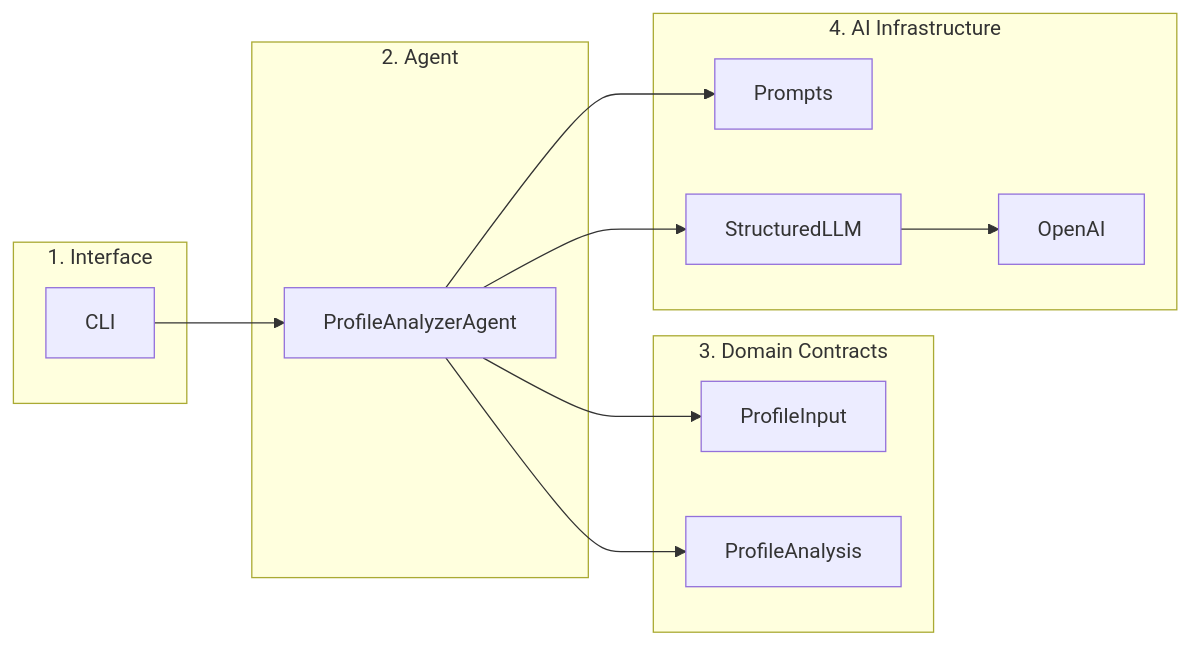
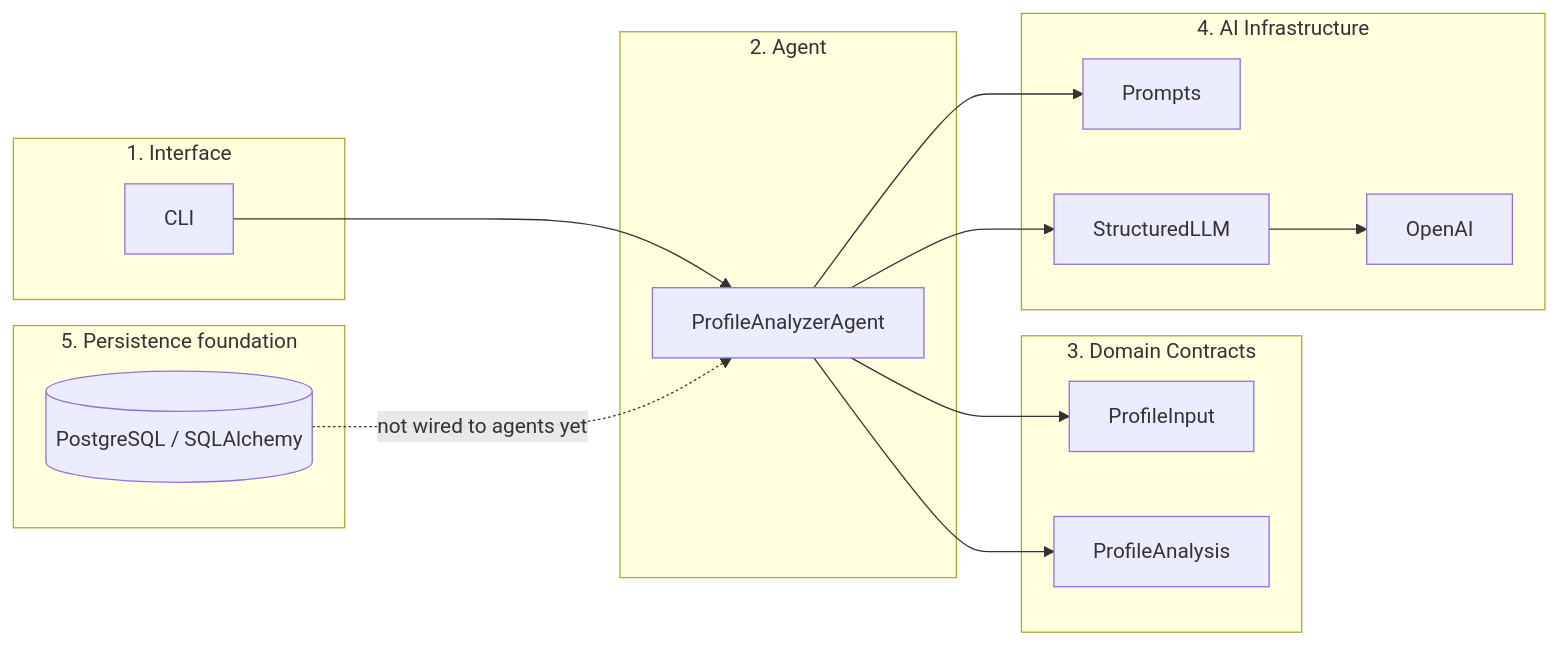
The fourth of 5 diagrams in docs/architecture/overview.md (shira-ozana/career-ai), drawn with Mermaid before and after one commit. The commit also changed other lines of this file and 31 other files, not shown here.

First line of the commit message:
Add PostgreSQL persistence foundation with SQLAlchemy and Alembic.

````diff
--- a/docs/architecture/overview.md
+++ b/docs/architecture/overview.md
@@ -179,28 +180,33 @@
 ```mermaid
 flowchart LR
     subgraph L1["1. Interface"]
         CLI[CLI]
     end
 
     subgraph L2["2. Agent"]
         PA[ProfileAnalyzerAgent]
     end
 
     subgraph L3["3. Domain Contracts"]
         PI[ProfileInput]
         PO[ProfileAnalysis]
     end
 
     subgraph L4["4. AI Infrastructure"]
         PR[Prompts]
         SL[StructuredLLM]
         OA[OpenAI]
     end
 
+    subgraph L5["5. Persistence foundation"]
+        DB[(PostgreSQL / SQLAlchemy)]
+    end
+
     CLI --> PA
     PA --> PI
     PA --> PO
     PA --> PR
     PA --> SL
     SL --> OA
+    DB -.->|not wired to agents yet| PA
 ```
````
